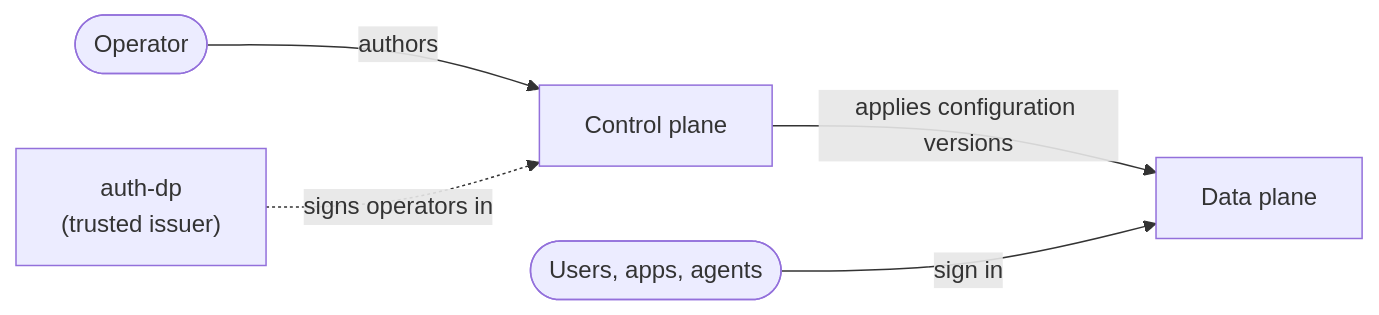
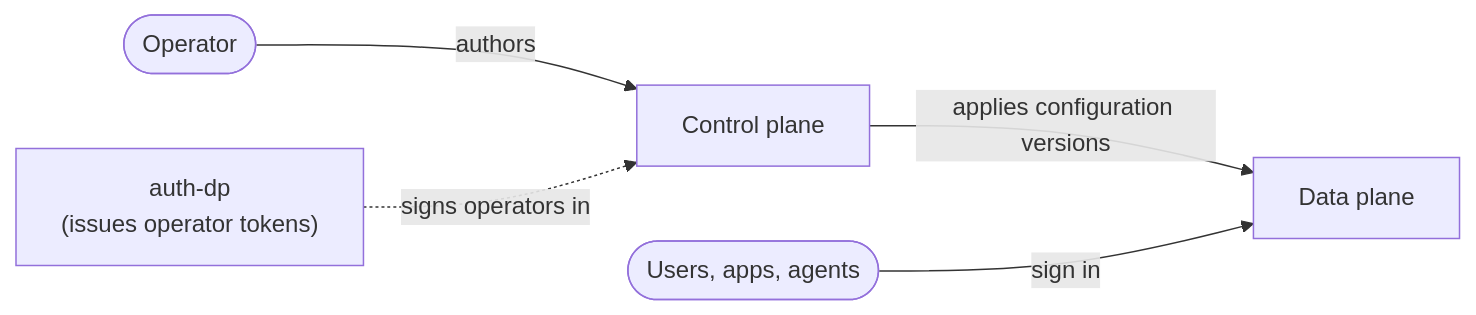
The diagram in docs/beginner/02-what-thunderid-is.mdx (ThaminduDilshan/thunderid-crash-course), drawn with Mermaid before and after one commit. The commit also changed other lines of this file and 7 other files, not shown here.

````diff
--- a/docs/beginner/02-what-thunderid-is.mdx
+++ b/docs/beginner/02-what-thunderid-is.mdx
@@ -29,7 +30,7 @@
 ```mermaid
 flowchart LR
   op([Operator]) -->|authors| cp[Control plane]
-  auth["auth-dp<br/>(trusted issuer)"] -.->|signs operators in| cp
+  auth["auth-dp<br/>(issues operator tokens)"] -.->|signs operators in| cp
   cp -->|applies configuration versions| dp[Data plane]
   users([Users, apps, agents]) -->|sign in| dp
 ```
````
